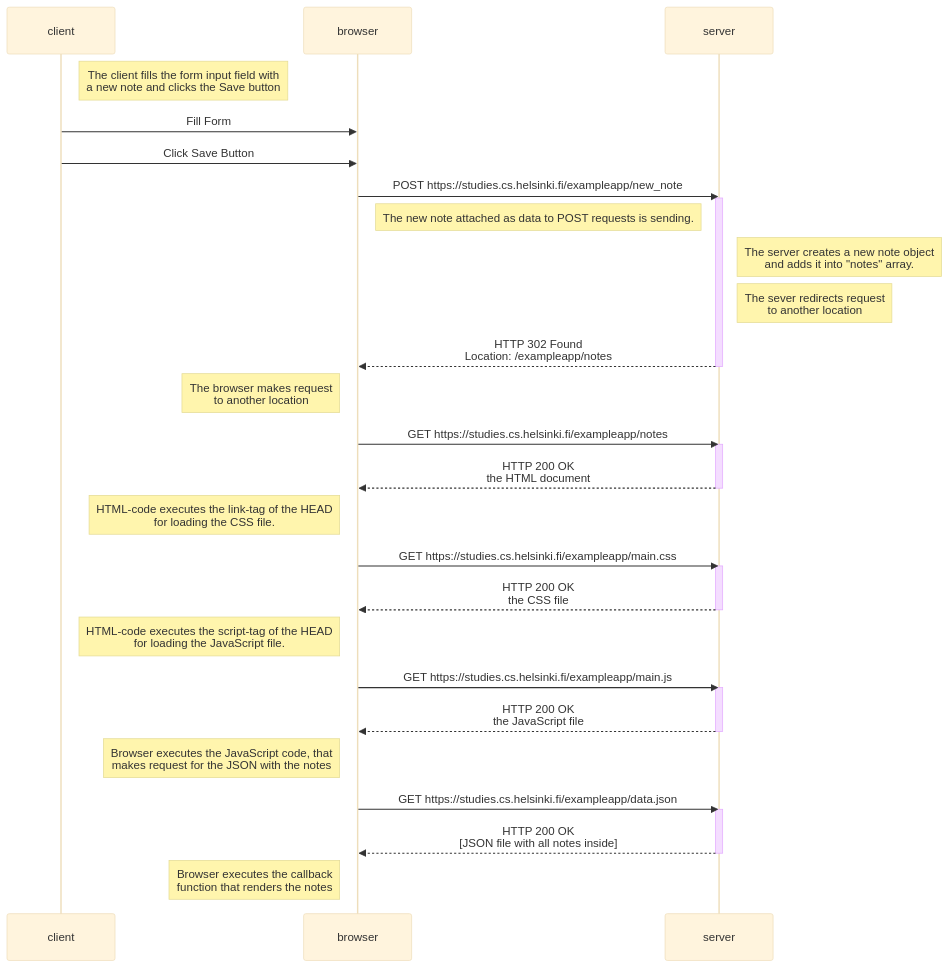
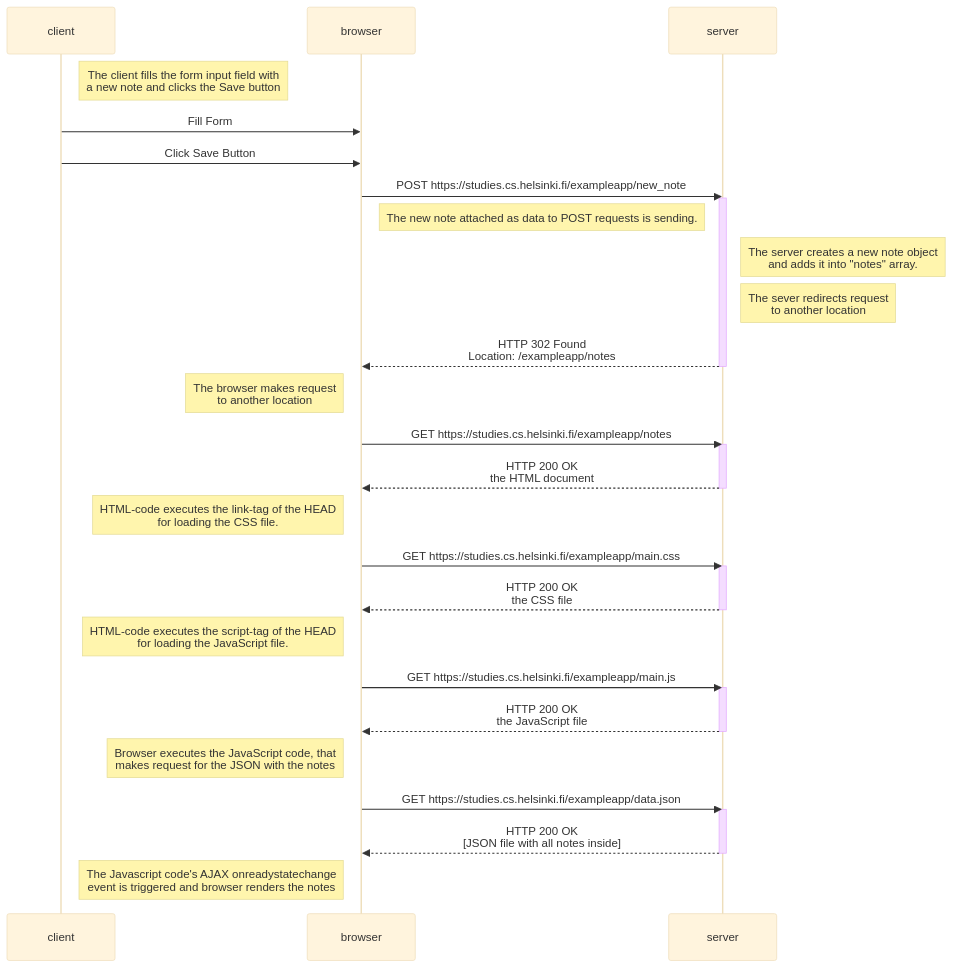
The diagram in osa0/uusi_muistiinpano/README.md (VadimZubchenko/fullstack-open-tehtavat), drawn with Mermaid (base theme) before and after one commit.

````diff
--- a/osa0/uusi_muistiinpano/README.md
+++ b/osa0/uusi_muistiinpano/README.md
@@ -1,44 +1,44 @@
 ```mermaid
 sequenceDiagram
     participant client
     participant browser
     participant server
     
     Note right of client: The client fills the form input field with<br/>a new note and clicks the Save button
     client->>browser: Fill Form
     client->>browser: Click Save Button
     browser->>server: POST https://studies.cs.helsinki.fi/exampleapp/new_note
     activate server
     Note right of browser: The new note attached as data to POST requests is sending.
     Note right of server: The server creates a new note object<br/>and adds it into "notes" array.
     Note right of server: The sever redirects request<br/>to another location                         
     server-->>browser: HTTP 302 Found<br/>Location: /exampleapp/notes
     deactivate server
 
     Note left of browser: The browser makes request<br/>to another location
     browser->>server: GET https://studies.cs.helsinki.fi/exampleapp/notes
     activate server
     server-->>browser: HTTP 200 OK<br/>the HTML document
     deactivate server
 
     Note left of browser: HTML-code executes the link-tag of the HEAD<br/>for loading the CSS file.
     browser->>server: GET https://studies.cs.helsinki.fi/exampleapp/main.css
     activate server
     server-->>browser: HTTP 200 OK<br/>the CSS file
     deactivate server
     Note left of browser: HTML-code executes the script-tag of the HEAD<br/>for loading the JavaScript file.
 
     browser->>server: GET https://studies.cs.helsinki.fi/exampleapp/main.js
     activate server
     server-->>browser: HTTP 200 OK<br/>the JavaScript file
     deactivate server
     
     Note left of browser: Browser executes the JavaScript code, that<br/>makes request for the JSON with the notes   
     
     browser->>server: GET https://studies.cs.helsinki.fi/exampleapp/data.json
     activate server
     server-->>browser: HTTP 200 OK<br/>[JSON file with all notes inside]
     deactivate server    
 
-    Note left of browser: Browser executes the callback<br/>function that renders the notes
+    Note left of browser: The Javascript code's AJAX onreadystatechange<br/> event is triggered and browser renders the notes
 ```
````
